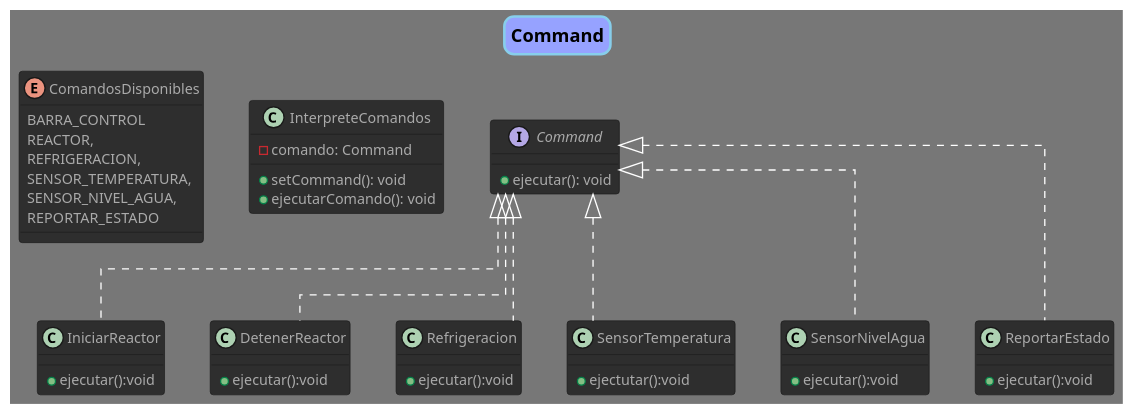
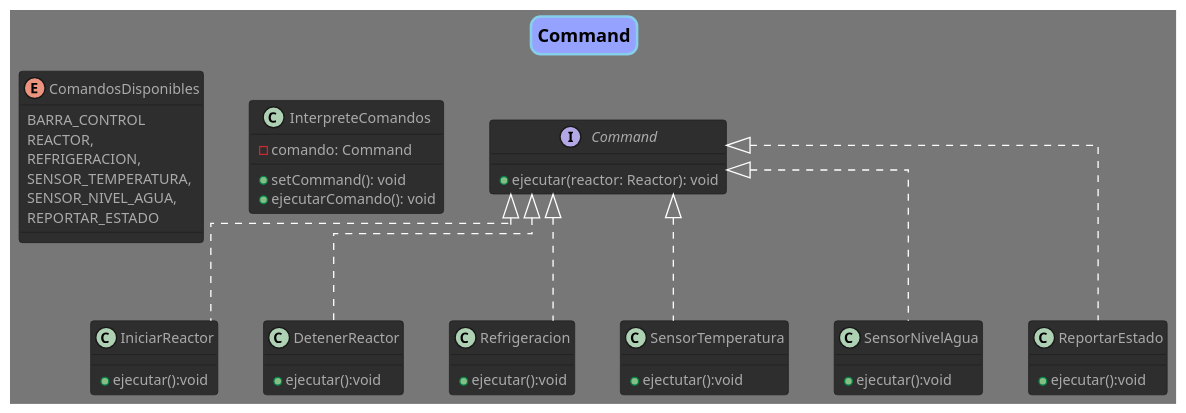
Before and after one commit to fmiguezo/reactor_nuclear: the diagram in Diagramas/strategyComandos.puml, drawn with PlantUML. The commit also changed 3 other files, not shown here.

```diff
--- a/Diagramas/strategyComandos.puml
+++ b/Diagramas/strategyComandos.puml
@@ -1,66 +1,66 @@
 @startuml
 
 
 title "Command"
 !theme reddress-darkblue
 scale 1.3
 skinparam Linetype ortho
 skinparam titleBorderRoundCorner 15
 skinparam titleBorderThickness 2
 skinparam titleBorderColor skyBlue
 skinparam titleBackgroundColor #96a2ff
 
 
 
 enum ComandosDisponibles {
     BARRA_CONTROL
     REACTOR,
     REFRIGERACION,
     SENSOR_TEMPERATURA,
     SENSOR_NIVEL_AGUA,
     REPORTAR_ESTADO
 }
 
 
 
 class InterpreteComandos{
    - comando: Command
    + setCommand(): void
    + ejecutarComando(): void
 }
 
 
 interface Command{
-    +ejecutar(): void
+    +ejecutar(reactor: Reactor): void
 }
 
 class IniciarReactor implements Command{
    +ejecutar():void 
 }
 
 class DetenerReactor implements Command{
    +ejecutar():void 
 }
 
 class Refrigeracion implements Command{
    +ejecutar():void
 }
 
 
 class SensorTemperatura implements Command {
    +ejectutar():void
 }
 
 class SensorNivelAgua implements Command {
    +ejecutar():void
 }
 
 class ReportarEstado implements Command{
    +ejecutar():void
 }
 
 
 
 
 
 @enduml
```
